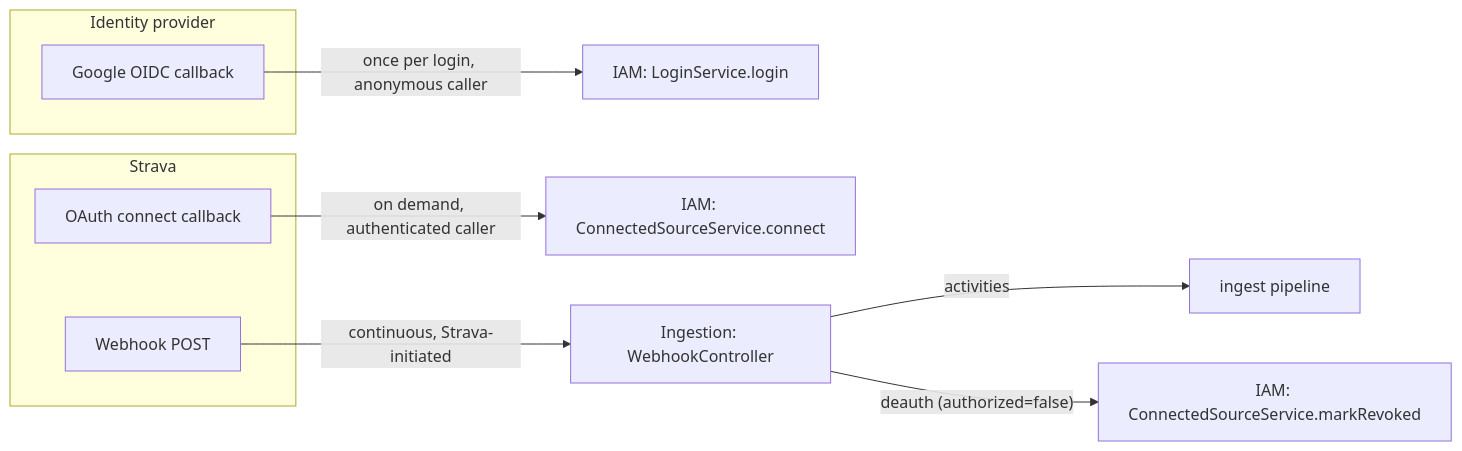
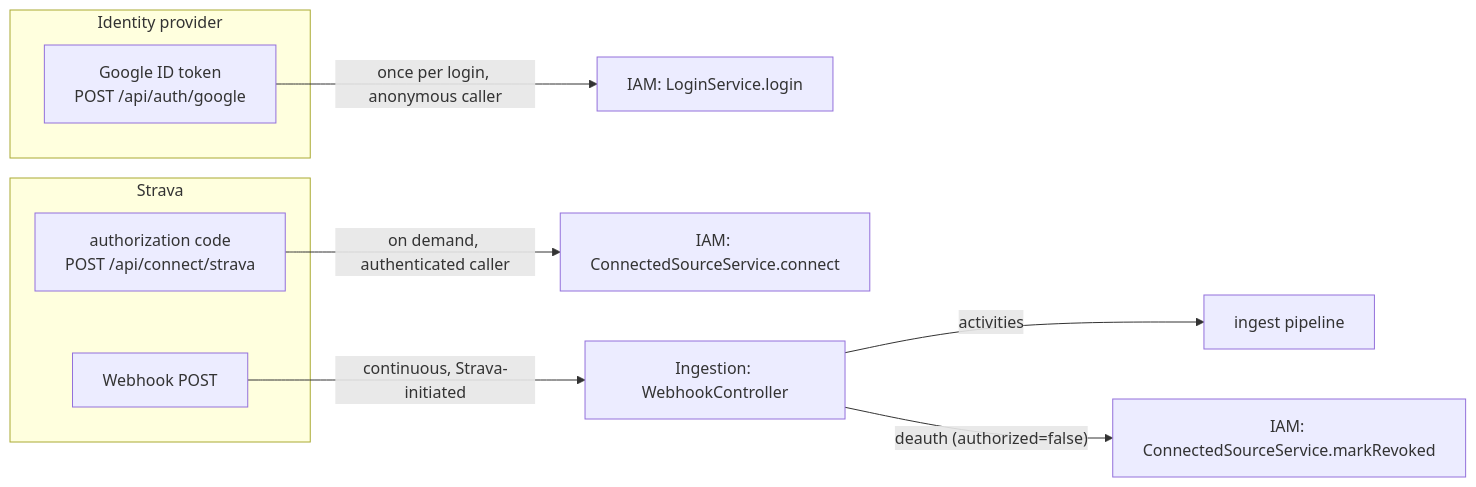
One commit to PrimaryInspection2/aperitivo changed the diagram in docs/contexts/identity-access/domain-model.md. Above: the diagram before and after it, drawn with Mermaid. The commit also changed other lines of this file and 64 other files, not shown here.

````diff
--- a/docs/contexts/identity-access/domain-model.md
+++ b/docs/contexts/identity-access/domain-model.md
@@ -374,18 +439,18 @@
 ```mermaid
 flowchart LR
     subgraph Identity provider
-        GOOG[Google OIDC callback]
+        GOOG["Google ID token<br/>POST /api/auth/google"]
     end
 
     subgraph Strava
-        OAuth[OAuth connect callback]
+        OAuth["authorization code<br/>POST /api/connect/strava"]
         WH[Webhook POST]
     end
 
     GOOG -- once per login, anonymous caller --> LS[IAM: LoginService.login]
     OAuth -- on demand, authenticated caller --> CSS2[IAM: ConnectedSourceService.connect]
     WH -- continuous, Strava-initiated --> WC[Ingestion: WebhookController]
 
     WC -- activities --> ING[ingest pipeline]
     WC -- "deauth (authorized=false)" --> CSS[IAM: ConnectedSourceService.markRevoked]
 ```
````
